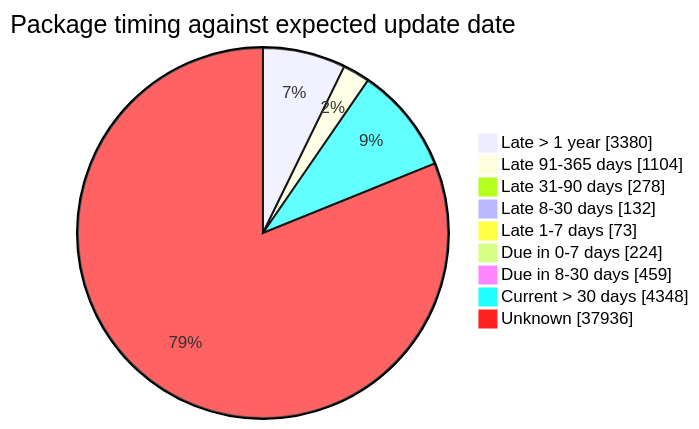
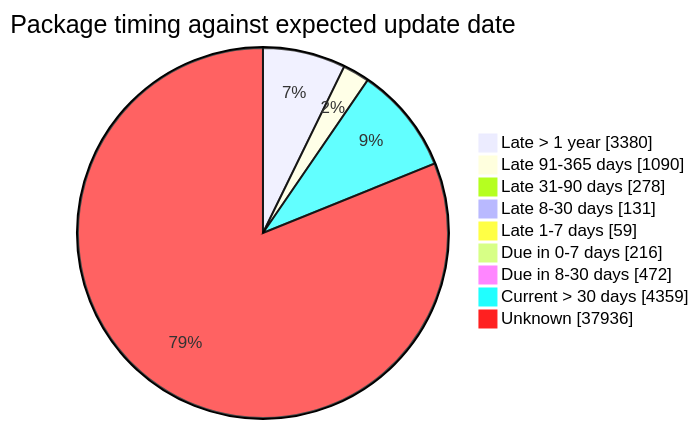
The fourth of 5 diagrams in FreshCheck/README.md (open-data/analytics-corporate-reporting), drawn with Mermaid before and after one commit. The commit also changed other lines of this file and 3 other files, not shown here.

````diff
--- a/FreshCheck/README.md
+++ b/FreshCheck/README.md
@@ -86,12 +86,12 @@
 ```mermaid
 pie showData title Package timing against expected update date
     "Late > 1 year": 3380
-    "Late 91-365 days": 1104
+    "Late 91-365 days": 1090
     "Late 31-90 days": 278
-    "Late 8-30 days": 132
-    "Late 1-7 days": 73
-    "Due in 0-7 days": 224
-    "Due in 8-30 days": 459
-    "Current > 30 days": 4348
+    "Late 8-30 days": 131
+    "Late 1-7 days": 59
+    "Due in 0-7 days": 216
+    "Due in 8-30 days": 472
+    "Current > 30 days": 4359
     "Unknown": 37936
 ```
````
